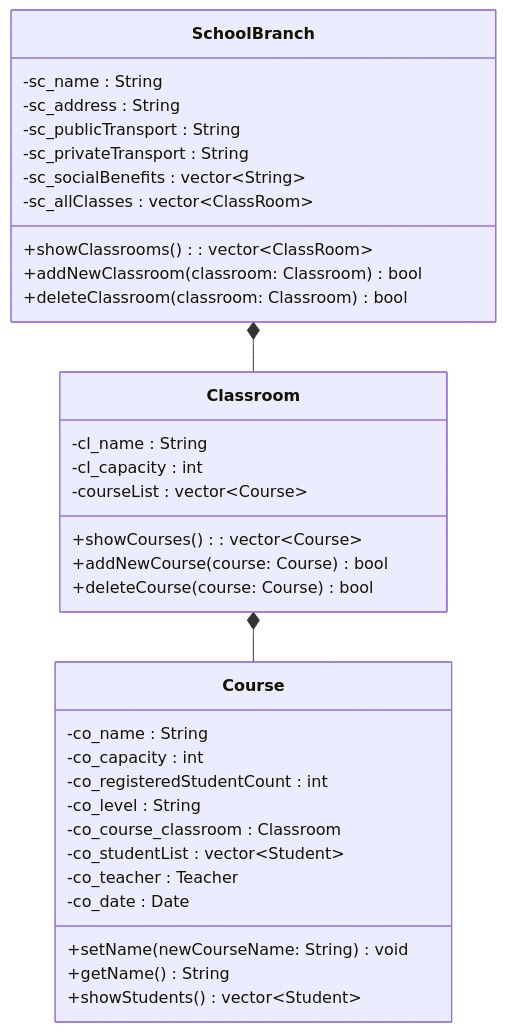
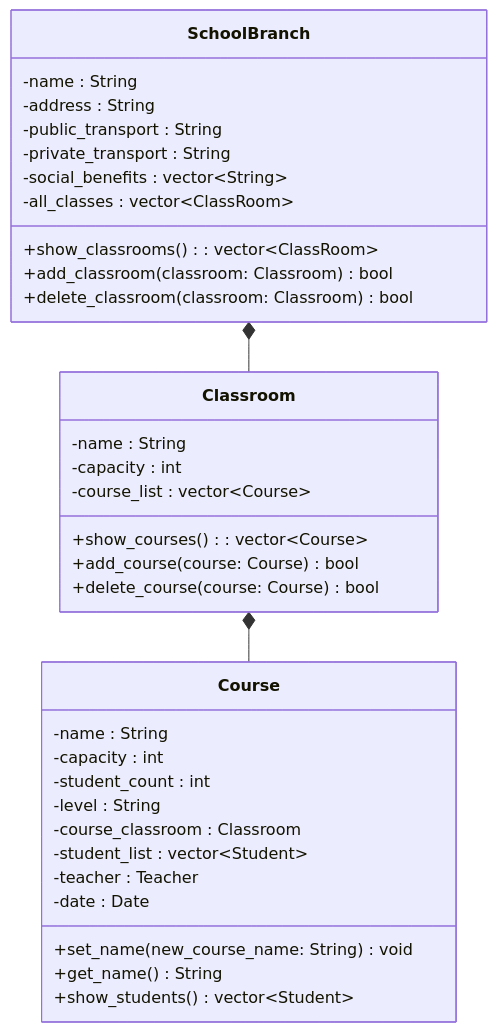
The third of 4 diagrams in Project/UML_Diag.md (ondergormez/BLM3722_Software_Engineering), drawn with Mermaid before and after one commit. The commit also changed other lines of this file, not shown here.

Commit message:
UML was modified

````diff
--- a/Project/UML_Diag.md
+++ b/Project/UML_Diag.md
@@ -134,39 +139,39 @@
 ```mermaid
 classDiagram
     SchoolBranch *-- Classroom 
     Classroom *-- Course
     class SchoolBranch{
-        -sc_name : String
-        -sc_address : String
-        -sc_publicTransport : String
-        -sc_privateTransport : String
-        -sc_socialBenefits : vector~String~ 
-        -sc_allClasses : vector~ClassRoom~ 
-        +showClassrooms() : vector~ClassRoom~
-        +addNewClassroom(classroom: Classroom) bool
-        +deleteClassroom(classroom: Classroom) bool
+        -name : String
+        -address : String
+        -public_transport : String
+        -private_transport : String
+        -social_benefits : vector~String~ 
+        -all_classes : vector~ClassRoom~ 
+        +show_classrooms() : vector~ClassRoom~
+        +add_classroom(classroom: Classroom) bool
+        +delete_classroom(classroom: Classroom) bool
     }
 
     class Classroom{
-        -cl_name : String
-        -cl_capacity : int
-        -courseList : vector~Course~
-        +showCourses() : vector~Course~
-        +addNewCourse(course: Course) bool
-        +deleteCourse(course: Course) bool       
+        -name : String
+        -capacity : int
+        -course_list : vector~Course~
+        +show_courses() : vector~Course~
+        +add_course(course: Course) bool
+        +delete_course(course: Course) bool       
     }
 
     class Course{
-        -co_name : String
-        -co_capacity : int
-        -co_registeredStudentCount : int
-        -co_level : String
-        -co_course_classroom : Classroom
-        -co_studentList : vector~Student~
-        -co_teacher : Teacher
-        -co_date : Date
-        +setName(newCourseName: String) void
-        +getName() String
-        +showStudents()  vector~Student~
+        -name : String
+        -capacity : int
+        -student_count : int
+        -level : String
+        -course_classroom : Classroom
+        -student_list : vector~Student~
+        -teacher : Teacher
+        -date : Date
+        +set_name(new_course_name: String) void
+        +get_name() String
+        +show_students()  vector~Student~
     }
 ```
````
